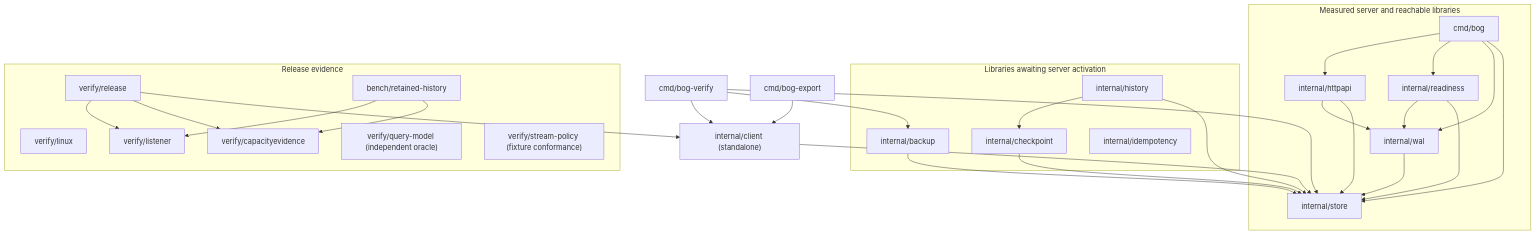
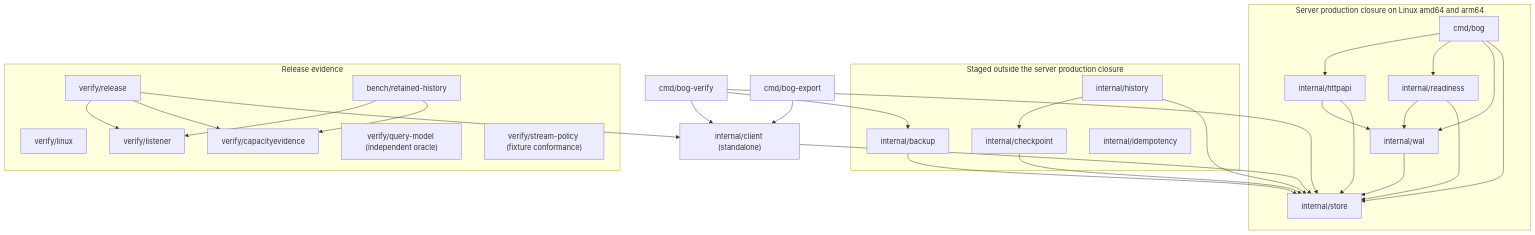
One commit to tflynn3/bog changed the diagram in docs/architecture/SYSTEM.md. Above: the diagram before and after it, drawn with Mermaid. The commit also changed other lines of this file and 3 other files, not shown here.

````diff
--- a/docs/architecture/SYSTEM.md
+++ b/docs/architecture/SYSTEM.md
@@ -40,51 +42,51 @@
 ```mermaid
 flowchart TD
-    subgraph Runtime["Measured server and reachable libraries"]
+    subgraph Runtime["Server production closure on Linux amd64 and arm64"]
         Cmd["cmd/bog"]
         HTTP["internal/httpapi"]
         Ready["internal/readiness"]
         WAL["internal/wal"]
         Store["internal/store"]
         Cmd --> HTTP
         Cmd --> Ready
         Cmd --> WAL
         Cmd --> Store
         HTTP --> WAL
         HTTP --> Store
         Ready --> WAL
         Ready --> Store
         WAL --> Store
     end
     Operator["cmd/bog-verify"]
     Export["cmd/bog-export"]
-    subgraph Staged["Libraries awaiting server activation"]
+    subgraph Staged["Staged outside the server production closure"]
         Checkpoint["internal/checkpoint"]
         History["internal/history"]
         Backup["internal/backup"]
         Idempotency["internal/idempotency"]
         History --> Checkpoint
     end
     Client["internal/client (standalone)"]
     Checkpoint --> Store
     History --> Store
     Backup --> Store
     Operator --> Backup
     Operator --> Client
     Operator --> Store
     Export --> Client
     Client --> Store
     subgraph Evidence["Release evidence"]
         Admission["verify/release"]
         Durability["verify/linux"]
         Capacity["bench/retained-history"]
         CapacityEvidence["verify/capacityevidence"]
         Listener["verify/listener"]
         Model["verify/query-model (independent oracle)"]
         StreamPolicy["verify/stream-policy (fixture conformance)"]
         Admission --> Listener
         Capacity --> Listener
         Admission --> CapacityEvidence
         Capacity --> CapacityEvidence
     end
     Admission --> Client
 ```
````
